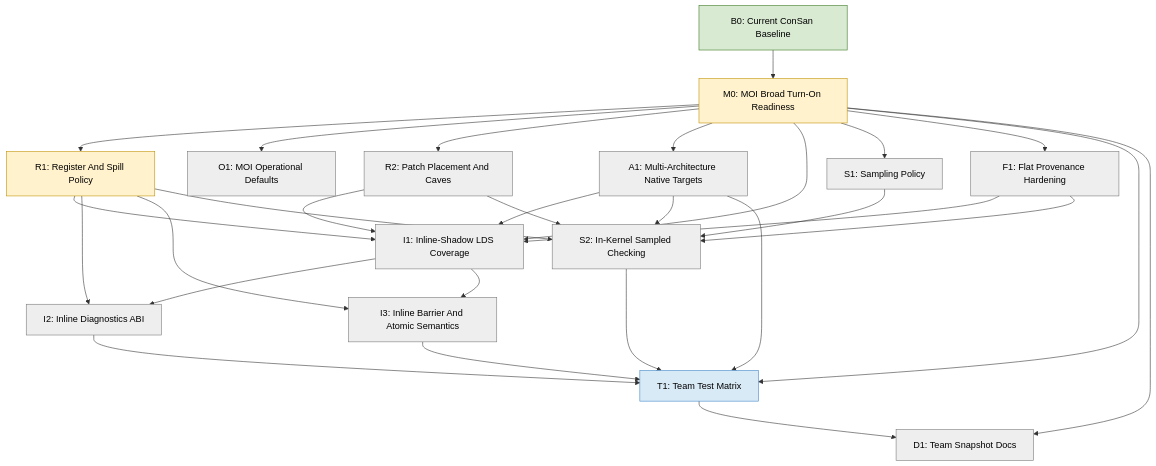
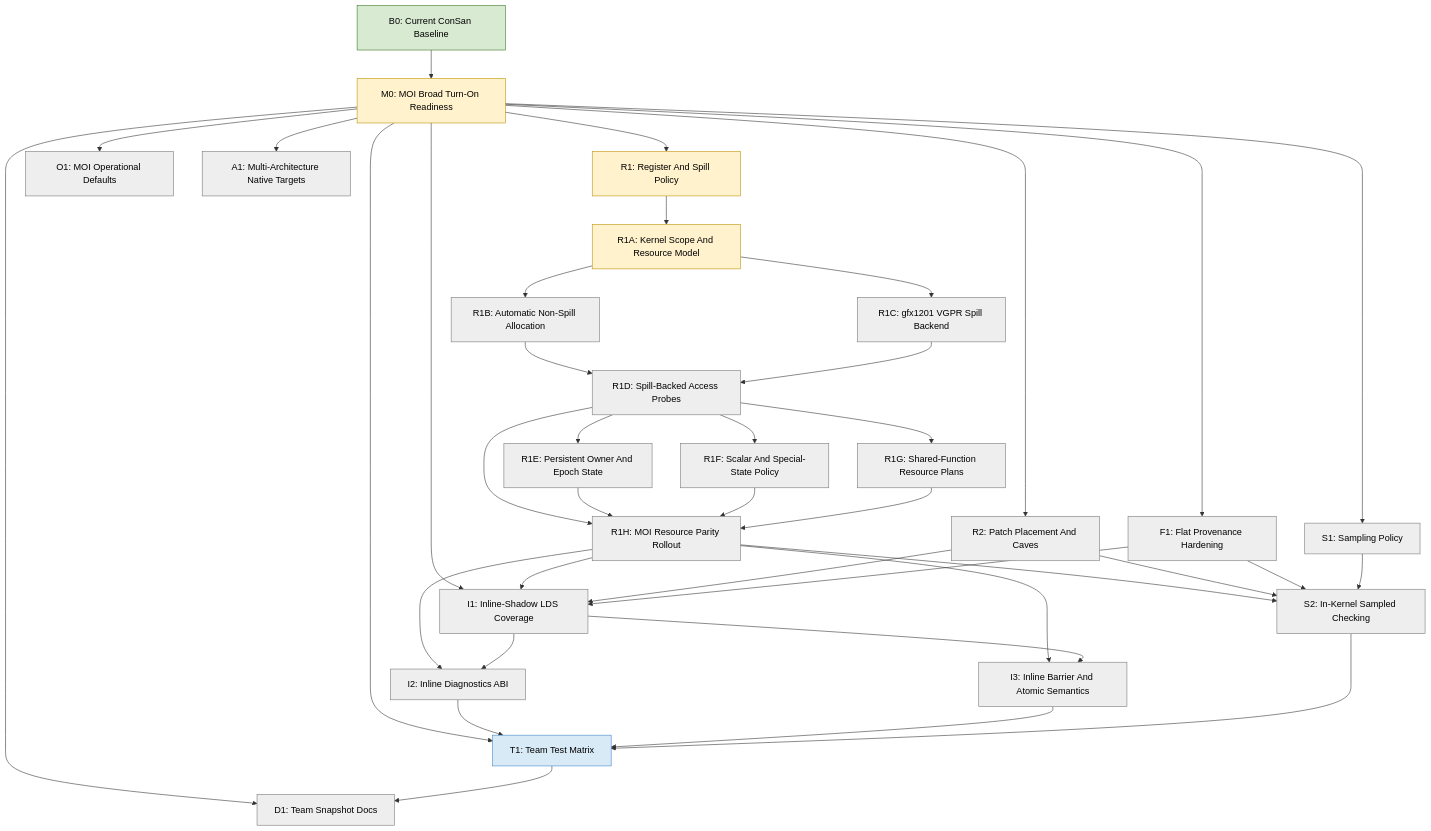
One commit to ROCm/rocm-systems changed the diagram in emulation/rocjitsu/docs/consan/PLAN.md. Above: the diagram before and after it, drawn with Mermaid. The commit also changed other lines of this file, not shown here.

````diff
--- a/emulation/rocjitsu/docs/consan/PLAN.md
+++ b/emulation/rocjitsu/docs/consan/PLAN.md
@@ -75,58 +75,75 @@
 ```mermaid
 flowchart TD
   B0["B0: Current ConSan Baseline"]:::done
 
   M0["M0: MOI Broad Turn-On Readiness"]:::active
   R1["R1: Register And Spill Policy"]:::active
+  R1A["R1A: Kernel Scope And Resource Model"]:::active
+  R1B["R1B: Automatic Non-Spill Allocation"]:::todo
+  R1C["R1C: gfx1201 VGPR Spill Backend"]:::todo
+  R1D["R1D: Spill-Backed Access Probes"]:::todo
+  R1E["R1E: Persistent Owner And Epoch State"]:::todo
+  R1F["R1F: Scalar And Special-State Policy"]:::todo
+  R1G["R1G: Shared-Function Resource Plans"]:::todo
+  R1H["R1H: MOI Resource Parity Rollout"]:::todo
   O1["O1: MOI Operational Defaults"]:::todo
   R2["R2: Patch Placement And Caves"]:::todo
   A1["A1: Multi-Architecture Native Targets"]:::todo
 
   I1["I1: Inline-Shadow LDS Coverage"]:::todo
   I2["I2: Inline Diagnostics ABI"]:::todo
   I3["I3: Inline Barrier And Atomic Semantics"]:::todo
 
   S1["S1: Sampling Policy"]:::todo
   S2["S2: In-Kernel Sampled Checking"]:::todo
 
   F1["F1: Flat Provenance Hardening"]:::todo
   T1["T1: Team Test Matrix"]:::partial
   D1["D1: Team Snapshot Docs"]:::todo
 
   B0 --> M0
 
   M0 --> R1
   M0 --> O1
   M0 --> R2
   M0 --> A1
   M0 --> I1
   M0 --> S1
   M0 --> F1
   M0 --> T1
   M0 --> D1
 
-  R1 --> I1
-  R1 --> I2
-  R1 --> I3
-  R1 --> S2
+  R1 --> R1A
+  R1A --> R1B
+  R1A --> R1C
+  R1B --> R1D
+  R1C --> R1D
+  R1D --> R1E
+  R1D --> R1F
+  R1D --> R1G
+  R1D --> R1H
+  R1E --> R1H
+  R1F --> R1H
+  R1G --> R1H
+  R1H --> I1
+  R1H --> I2
+  R1H --> I3
+  R1H --> S2
   R2 --> I1
   R2 --> S2
-  A1 --> I1
-  A1 --> S2
-  A1 --> T1
   F1 --> I1
   F1 --> S2
   I1 --> I2
   I1 --> I3
   S1 --> S2
   I2 --> T1
   I3 --> T1
   S2 --> T1
   T1 --> D1
 
   classDef done fill:#d9ead3,stroke:#38761d,color:#000;
   classDef active fill:#fff2cc,stroke:#bf9000,color:#000;
   classDef partial fill:#d9eaf7,stroke:#3d85c6,color:#000;
   classDef todo fill:#eeeeee,stroke:#777777,color:#000;
   classDef blocked fill:#f4cccc,stroke:#cc0000,color:#000;
 ```
````
